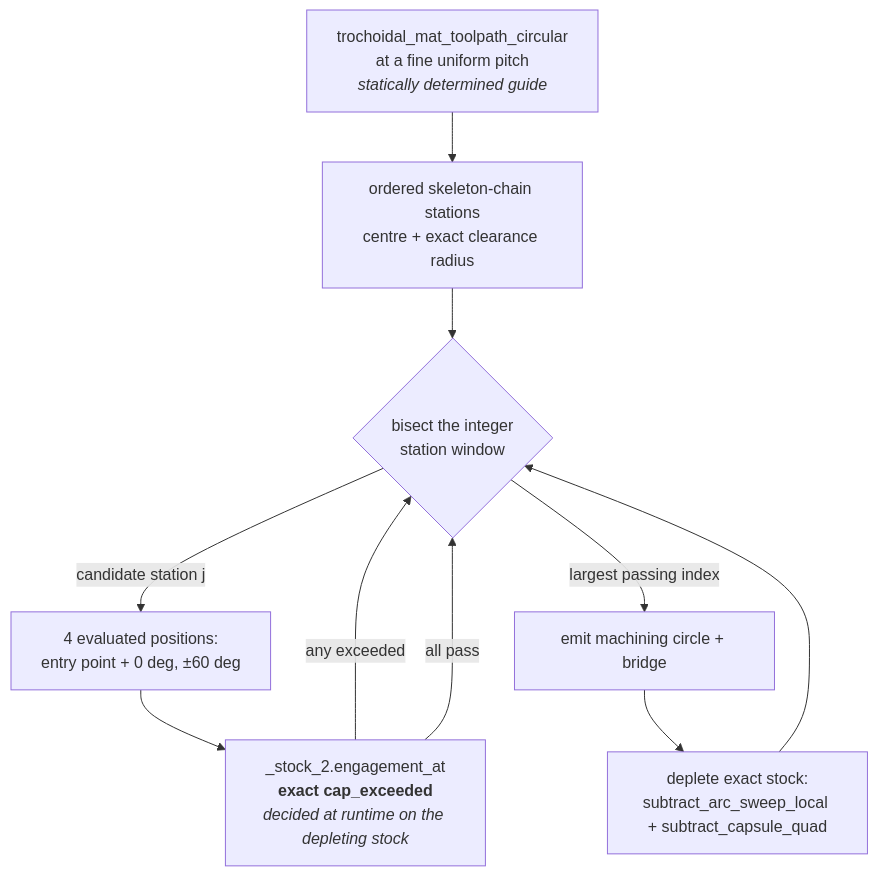
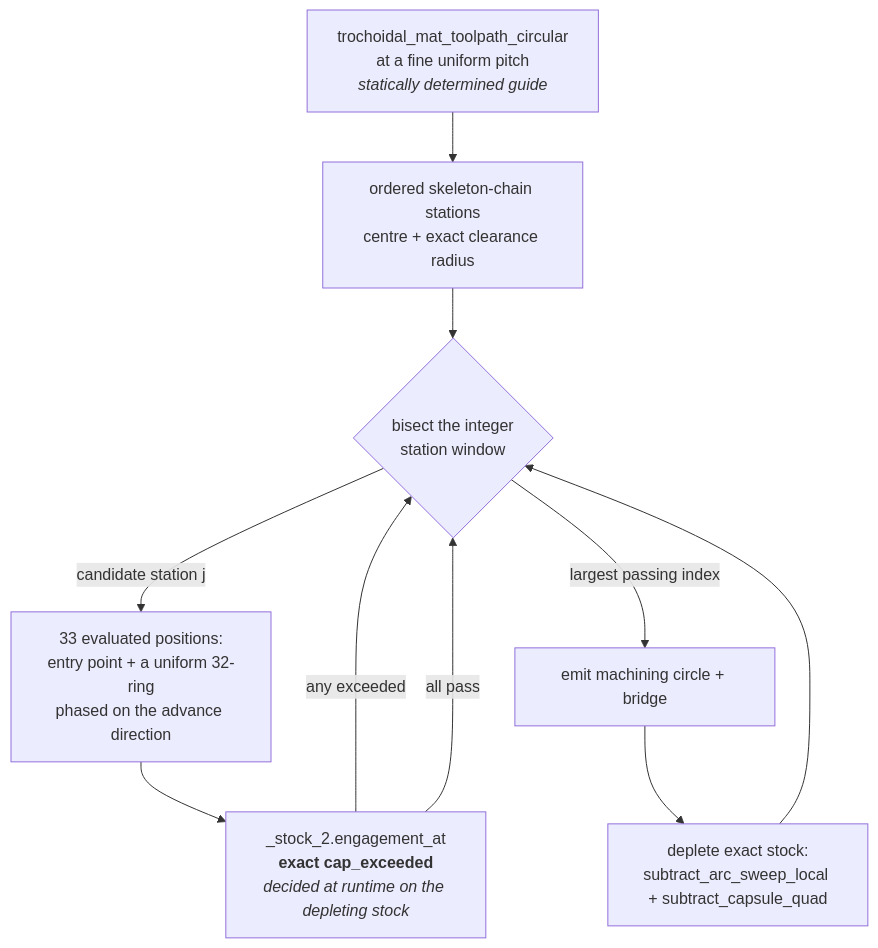
One commit to jf---/compas_cgal changed the diagram in docs/engagement_controlled_toolpath.md. Above: the diagram before and after it, drawn with Mermaid. The commit also changed other lines of this file and 5 other files, not shown here.

````diff
--- a/docs/engagement_controlled_toolpath.md
+++ b/docs/engagement_controlled_toolpath.md
@@ -35,12 +37,12 @@
 ```mermaid
 flowchart TD
     A["trochoidal_mat_toolpath_circular<br/>at a fine uniform pitch<br/><i>statically determined guide</i>"] --> B["ordered skeleton-chain stations<br/>centre + exact clearance radius"]
     B --> C{"bisect the integer<br/>station window"}
-    C -->|"candidate station j"| D["4 evaluated positions:<br/>entry point + 0 deg, ±60 deg"]
+    C -->|"candidate station j"| D["33 evaluated positions:<br/>entry point + a uniform 32-ring<br/>phased on the advance direction"]
     D --> E["_stock_2.engagement_at<br/><b>exact cap_exceeded</b><br/><i>decided at runtime on the depleting stock</i>"]
     E -->|"any exceeded"| C
     E -->|"all pass"| C
     C -->|"largest passing index"| F["emit machining circle + bridge"]
     F --> G["deplete exact stock:<br/>subtract_arc_sweep_local + subtract_capsule_quad"]
     G --> C
 ```
````
